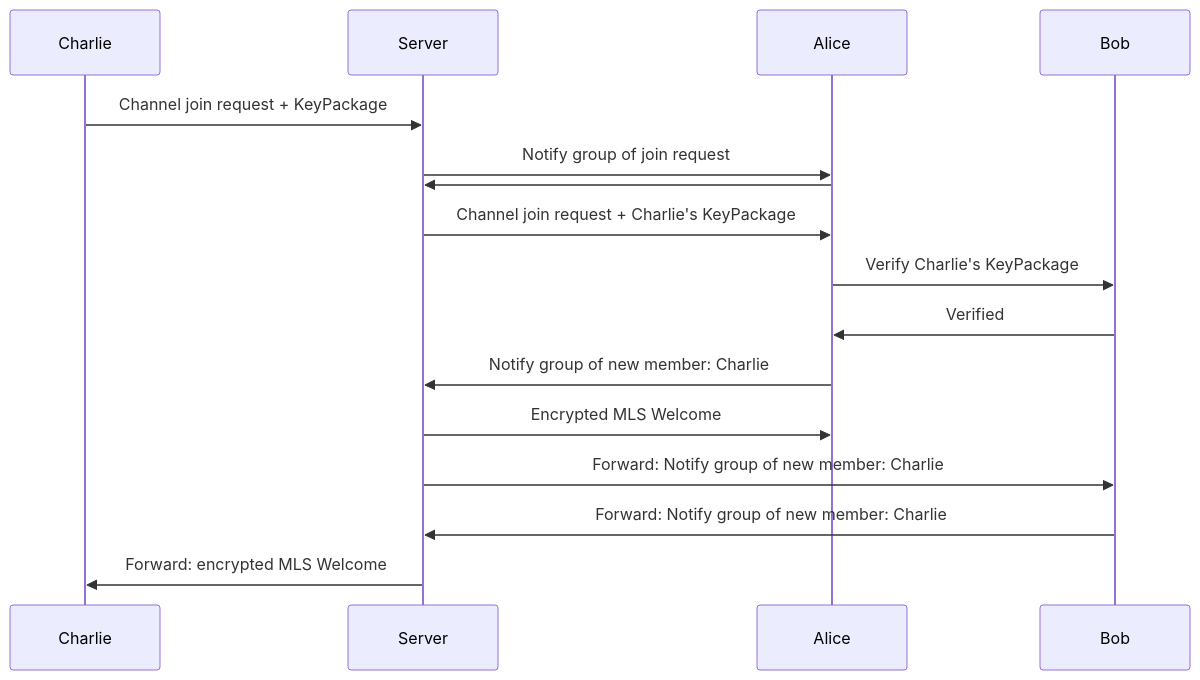
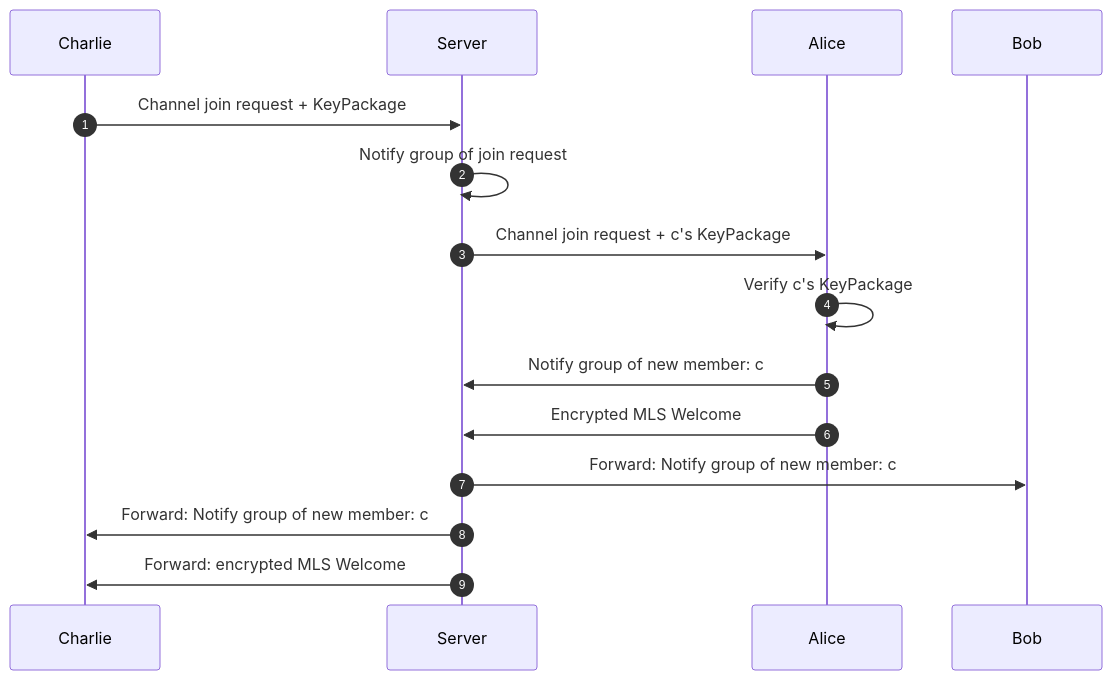
The first of 3 diagrams in docs/Protocol Specifications/P2 Extensions/chat.md (polyphony-chat/docs), drawn with Mermaid before and after one commit. The commit also changed other lines of this file, not shown here.

Commit message:
more formatting changes, start rework of section 1

````diff
--- a/docs/Protocol Specifications/P2 Extensions/chat.md
+++ b/docs/Protocol Specifications/P2 Extensions/chat.md
@@ -59,19 +69,19 @@
 ```mermaid
 sequenceDiagram
-participant Charlie
-participant Server
-participant Alice
-participant Bob
+autonumber
 
-Charlie->>Server: Channel join request + KeyPackage
-Server->>Alice: Notify group of join request
-Alice->>Server:
-Server->>Alice: Channel join request + Charlie's KeyPackage
-Alice->>Bob: Verify Charlie's KeyPackage
-Bob->>Alice: Verified
-Alice->>Server: Notify group of new member: Charlie
-Server->>Alice: Encrypted MLS Welcome
-Server->>Bob: Forward: Notify group of new member: Charlie
-Bob->>Server: Forward: Notify group of new member: Charlie
-Server->>Charlie: Forward: encrypted MLS Welcome
+participant c as Charlie
+participant s as Server
+participant a as Alice
+participant b as Bob
+
+c->>s: Channel join request + KeyPackage
+s->>s: Notify group of join request
+s->>a: Channel join request + c's KeyPackage
+a->>a: Verify c's KeyPackage
+a->>s: Notify group of new member: c
+a->>s: Encrypted MLS Welcome
+s->>b: Forward: Notify group of new member: c
+s->>c: Forward: Notify group of new member: c
+s->>c: Forward: encrypted MLS Welcome
 ```
````
